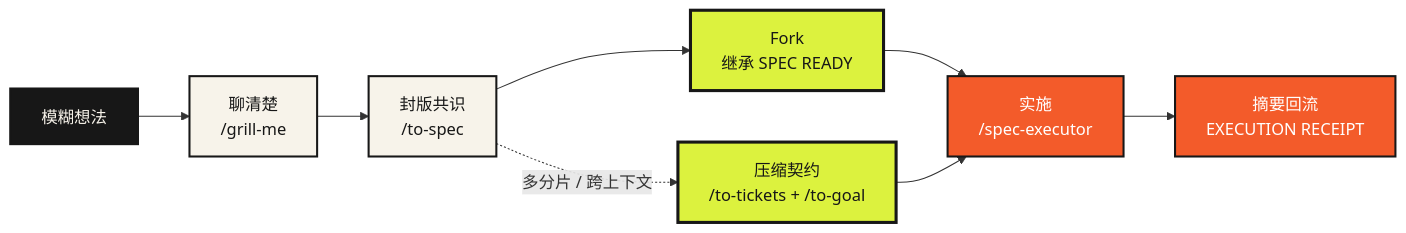
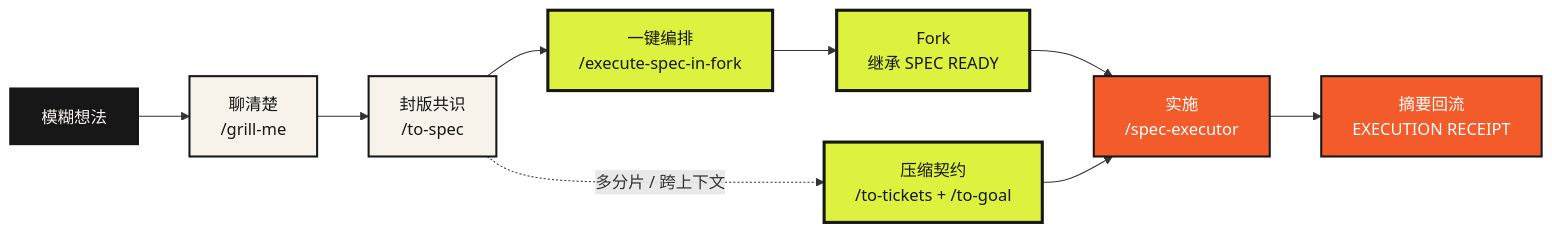
One commit to tt-a1i/matt-skills-with-to-goal changed the diagram in README.md. Above: the diagram before and after it, drawn with Mermaid. The commit also changed other lines of this file and 11 other files, not shown here.

````diff
--- a/README.md
+++ b/README.md
@@ -42,20 +43,21 @@
 ```mermaid
 flowchart LR
     idea["模糊想法"] --> grill["聊清楚<br/>/grill-me"]
     grill --> spec["封版共识<br/>/to-spec"]
-    spec --> fork["Fork<br/>继承 SPEC READY"]
+    spec --> orchestrate["一键编排<br/>/execute-spec-in-fork"]
+    orchestrate --> fork["Fork<br/>继承 SPEC READY"]
     fork --> execute["实施<br/>/spec-executor"]
     execute --> receipt["摘要回流<br/>EXECUTION RECEIPT"]
     spec -. "多分片 / 跨上下文" .-> goal["压缩契约<br/>/to-tickets + /to-goal"]
     goal --> execute
 
     classDef source fill:#171717,color:#F7F3EA,stroke:#171717,stroke-width:2px;
     classDef plan fill:#F7F3EA,color:#171717,stroke:#171717,stroke-width:2px;
     classDef contract fill:#DCF23E,color:#171717,stroke:#171717,stroke-width:3px;
     classDef action fill:#F35B2A,color:#FFFFFF,stroke:#171717,stroke-width:2px;
 
     class idea source;
     class grill,spec plan;
-    class fork,goal contract;
+    class orchestrate,fork,goal contract;
     class execute,receipt action;
 ```
````
